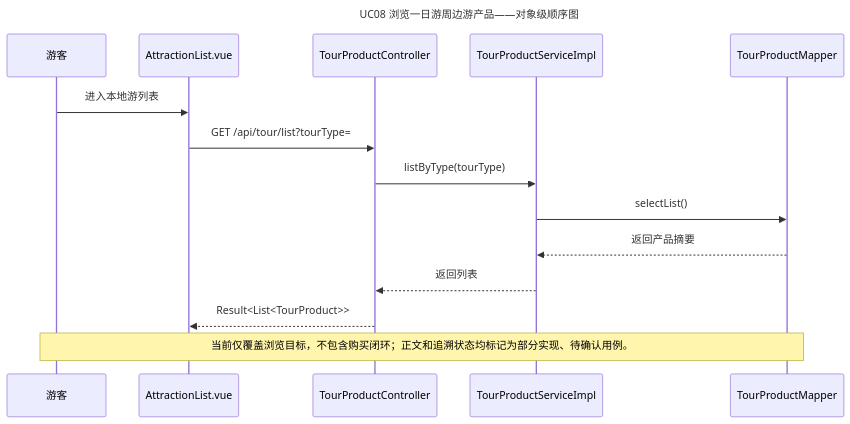
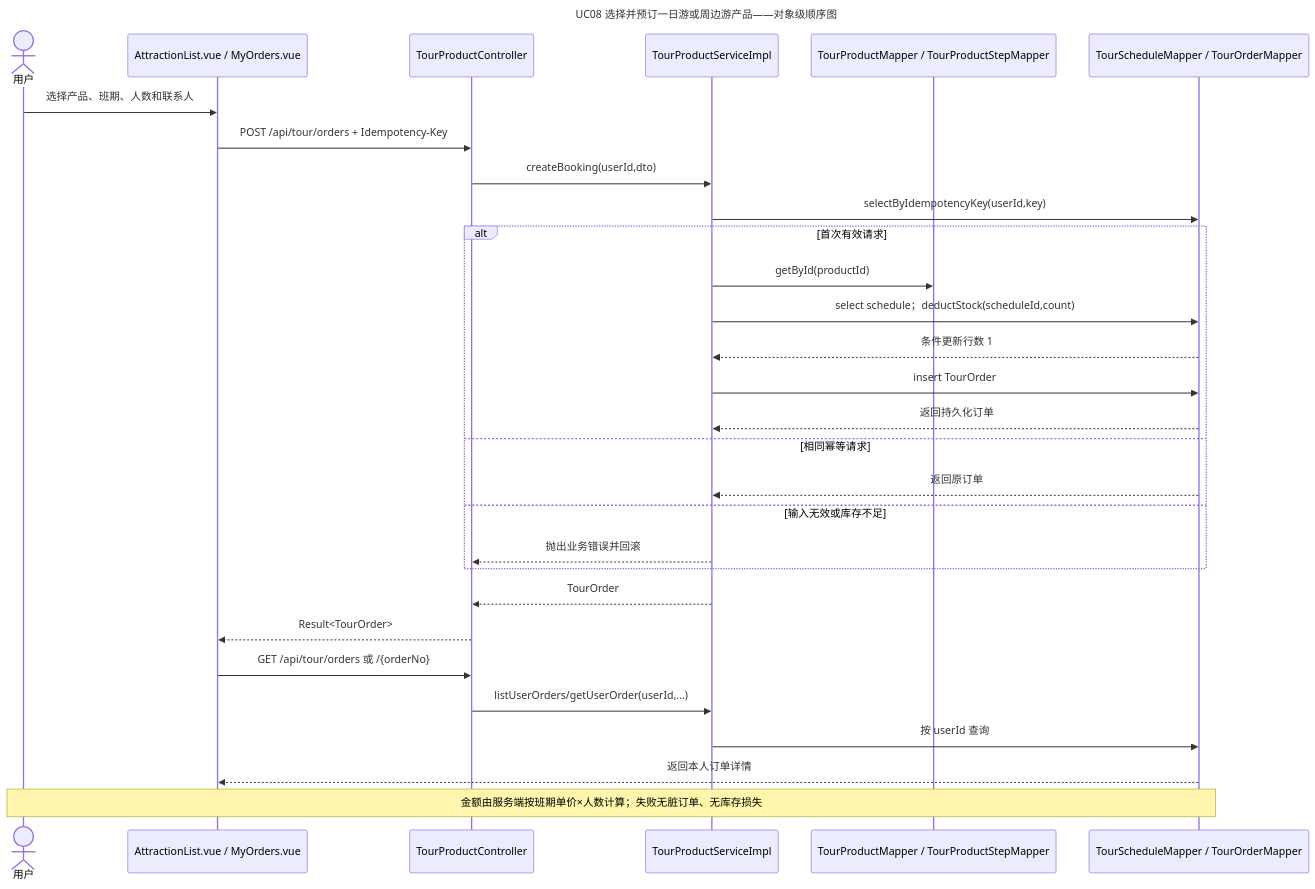
Before and after one commit to Miracle060811/Software_engineering: the diagram in 02_docs/详细设计说明/source/43_UC08_浏览一日游周边游产品对象级顺序图.mmd, drawn with Mermaid. The commit also changed 55 other files, not shown here.

Commit message:
docs: 同步最终交付文档与设计图

```diff
--- a/02_docs/详细设计说明/source/43_UC08_浏览一日游周边游产品对象级顺序图.mmd
+++ b/02_docs/详细设计说明/source/43_UC08_浏览一日游周边游产品对象级顺序图.mmd
@@ -1,15 +1,30 @@
 sequenceDiagram
-    title UC08 浏览一日游周边游产品——对象级顺序图
-    participant P0 as 游客
-    participant P1 as AttractionList.vue
-    participant P2 as TourProductController
-    participant P3 as TourProductServiceImpl
-    participant P4 as TourProductMapper
-    P0->>P1: 进入本地游列表
-    P1->>P2: GET /api/tour/list?tourType=
-    P2->>P3: listByType(tourType)
-    P3->>P4: selectList()
-    P4-->>P3: 返回产品摘要
-    P3-->>P2: 返回列表
-    P2-->>P1: Result<List<TourProduct>>
-    Note over P0,P4: 当前仅覆盖浏览目标，不包含购买闭环；正文和追溯状态均标记为部分实现、待确认用例。
+    title UC08 选择并预订一日游或周边游产品——对象级顺序图
+    actor U as 用户
+    participant Page as AttractionList.vue / MyOrders.vue
+    participant Controller as TourProductController
+    participant Service as TourProductServiceImpl
+    participant Product as TourProductMapper / TourProductStepMapper
+    participant Booking as TourScheduleMapper / TourOrderMapper
+    U->>Page: 选择产品、班期、人数和联系人
+    Page->>Controller: POST /api/tour/orders + Idempotency-Key
+    Controller->>Service: createBooking(userId,dto)
+    Service->>Booking: selectByIdempotencyKey(userId,key)
+    alt 首次有效请求
+        Service->>Product: getById(productId)
+        Service->>Booking: select schedule；deductStock(scheduleId,count)
+        Booking-->>Service: 条件更新行数 1
+        Service->>Booking: insert TourOrder
+        Booking-->>Service: 返回持久化订单
+    else 相同幂等请求
+        Booking-->>Service: 返回原订单
+    else 输入无效或库存不足
+        Service-->>Controller: 抛出业务错误并回滚
+    end
+    Service-->>Controller: TourOrder
+    Controller-->>Page: Result<TourOrder>
+    Page->>Controller: GET /api/tour/orders 或 /{orderNo}
+    Controller->>Service: listUserOrders/getUserOrder(userId,...)
+    Service->>Booking: 按 userId 查询
+    Booking-->>Page: 返回本人订单详情
+    Note over U,Booking: 金额由服务端按班期单价×人数计算；失败无脏订单、无库存损失
```
